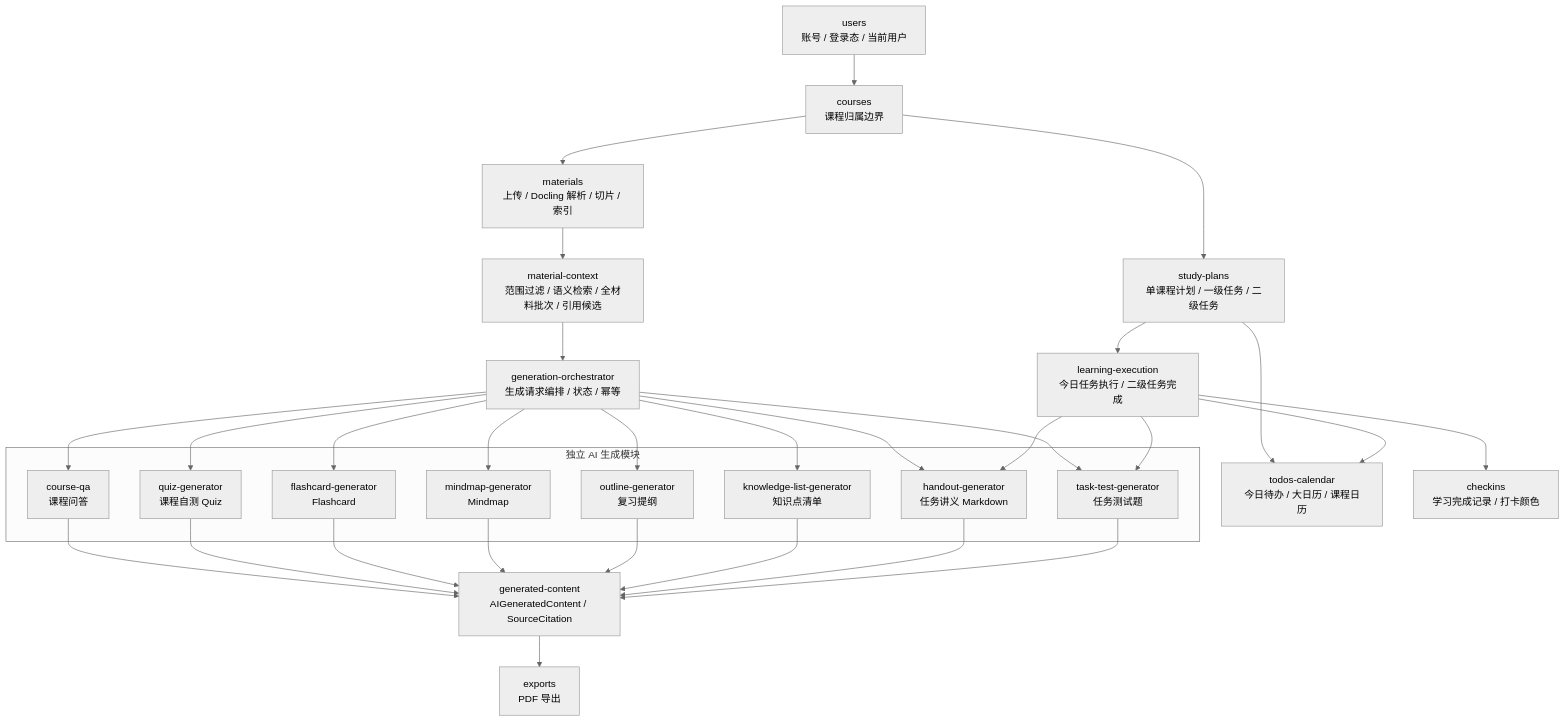
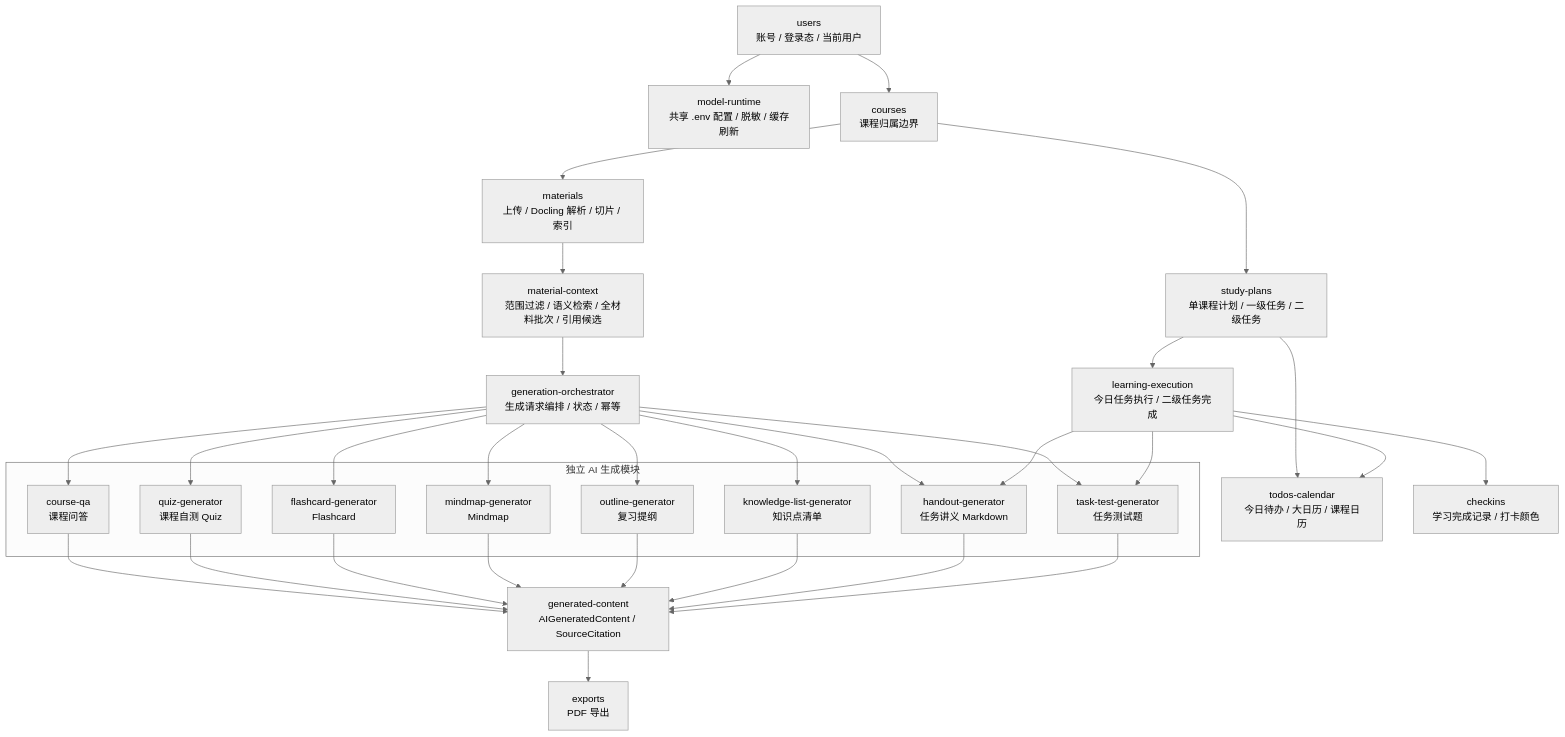
Before and after one commit to cyruan815/CourseNexus: the first of 2 diagrams in docs/architecture/module-boundaries.md, drawn with Mermaid (neutral theme). The commit also changed other lines of this file and 12 other files, not shown here.

Commit message:
docs(model-runtime): 记录共享模型配置契约与技术债

````diff
--- a/docs/architecture/module-boundaries.md
+++ b/docs/architecture/module-boundaries.md
@@ -42,55 +43,57 @@
 ```mermaid
 flowchart TB
     U["users<br/>账号 / 登录态 / 当前用户"]
+    MR["model-runtime<br/>共享 .env 配置 / 脱敏 / 缓存刷新"]
     C["courses<br/>课程归属边界"]
     M["materials<br/>上传 / Docling 解析 / 切片 / 索引"]
     MC["material-context<br/>范围过滤 / 语义检索 / 全材料批次 / 引用候选"]
     GO["generation-orchestrator<br/>生成请求编排 / 状态 / 幂等"]
     GC["generated-content<br/>AIGeneratedContent / SourceCitation"]
 
     subgraph GEN["独立 AI 生成模块"]
         QA["course-qa<br/>课程问答"]
         QZ["quiz-generator<br/>课程自测 Quiz"]
         FC["flashcard-generator<br/>Flashcard"]
         MM["mindmap-generator<br/>Mindmap"]
         OL["outline-generator<br/>复习提纲"]
         KL["knowledge-list-generator<br/>知识点清单"]
         HO["handout-generator<br/>任务讲义 Markdown"]
         TT["task-test-generator<br/>任务测试题"]
     end
 
     SP["study-plans<br/>单课程计划 / 一级任务 / 二级任务"]
     TC["todos-calendar<br/>今日待办 / 大日历 / 课程日历"]
     LE["learning-execution<br/>今日任务执行 / 二级任务完成"]
     CK["checkins<br/>学习完成记录 / 打卡颜色"]
     EX["exports<br/>PDF 导出"]
 
     U --> C
+    U --> MR
     C --> M
     M --> MC
     C --> SP
     MC --> GO
     GO --> QA
     GO --> QZ
     GO --> FC
     GO --> MM
     GO --> OL
     GO --> KL
     GO --> HO
     GO --> TT
     QA --> GC
     QZ --> GC
     FC --> GC
     MM --> GC
     OL --> GC
     KL --> GC
     HO --> GC
     TT --> GC
     SP --> TC
     SP --> LE
     LE --> HO
     LE --> TT
     LE --> CK
     LE --> TC
     GC --> EX
 ```
````
